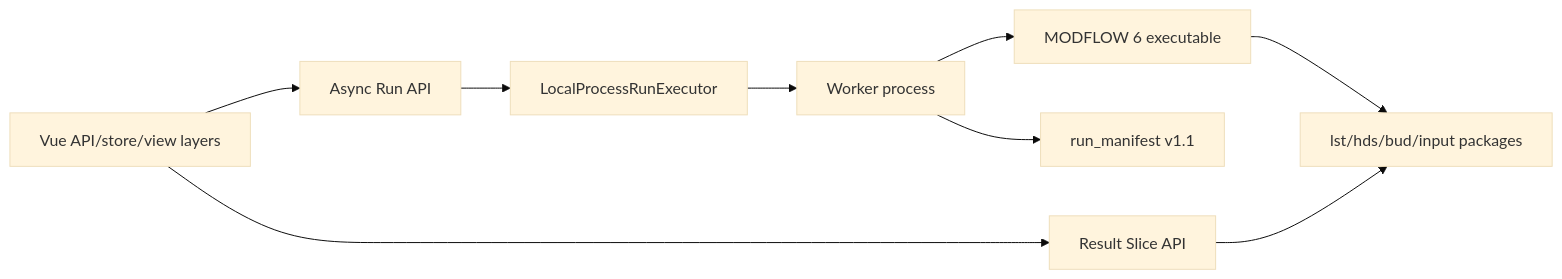
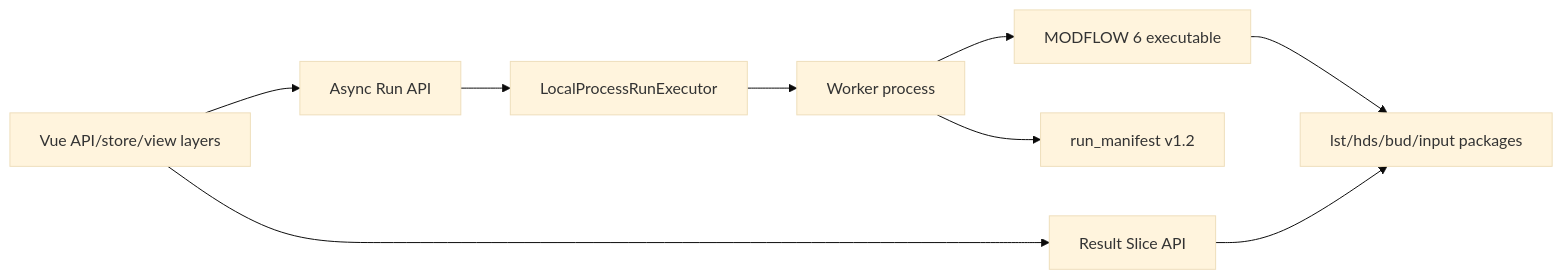
Before and after one commit to Yanyu199/Modflow: the first of 6 diagrams in docs/ARCHITECTURE_CURRENT.md, drawn with Mermaid (base theme). The commit also changed 30 other files, not shown here.

````diff
--- a/docs/ARCHITECTURE_CURRENT.md
+++ b/docs/ARCHITECTURE_CURRENT.md
@@ -5,20 +5,20 @@
 ```mermaid
 flowchart LR
   Browser["Vue API/store/view layers"]
   RunAPI["Async Run API"]
   ResultAPI["Result Slice API"]
   Executor["LocalProcessRunExecutor"]
   Worker["Worker process"]
   MF6["MODFLOW 6 executable"]
-  Manifest["run_manifest v1.1"]
+  Manifest["run_manifest v1.2"]
   Artifacts["lst/hds/bud/input packages"]
 
   Browser --> RunAPI
   RunAPI --> Executor
   Executor --> Worker
   Worker --> MF6
   Worker --> Manifest
   MF6 --> Artifacts
   Browser --> ResultAPI
   ResultAPI --> Artifacts
 ```
````
